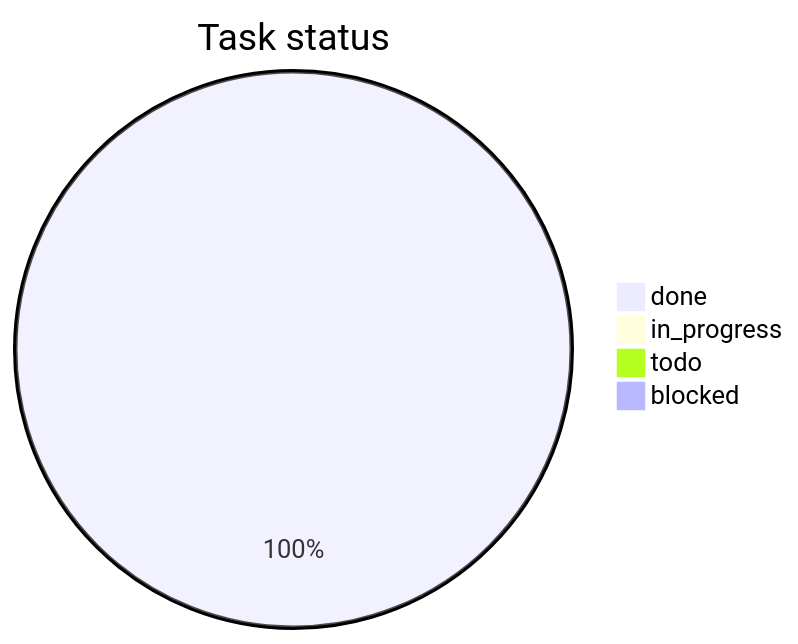
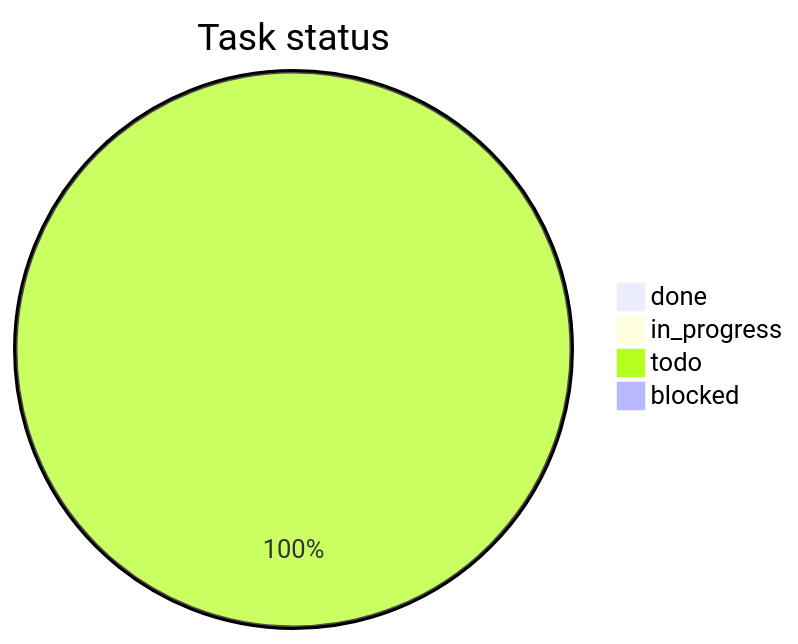
Before and after one commit to 2tsoftwareapp/super-template: the first of 2 diagrams in .agents/sessions/tenant-write-migration-issues/OVERVIEW.md, drawn with Mermaid. The commit also changed other lines of this file and 26 other files, not shown here.

````diff
--- a/.agents/sessions/tenant-write-migration-issues/OVERVIEW.md
+++ b/.agents/sessions/tenant-write-migration-issues/OVERVIEW.md
@@ -19,7 +19,7 @@
 ```mermaid
 pie title Task status
-  "done" : 9
+  "done" : 0
   "in_progress" : 0
-  "todo" : 0
+  "todo" : 6
   "blocked" : 0
 ```
````
